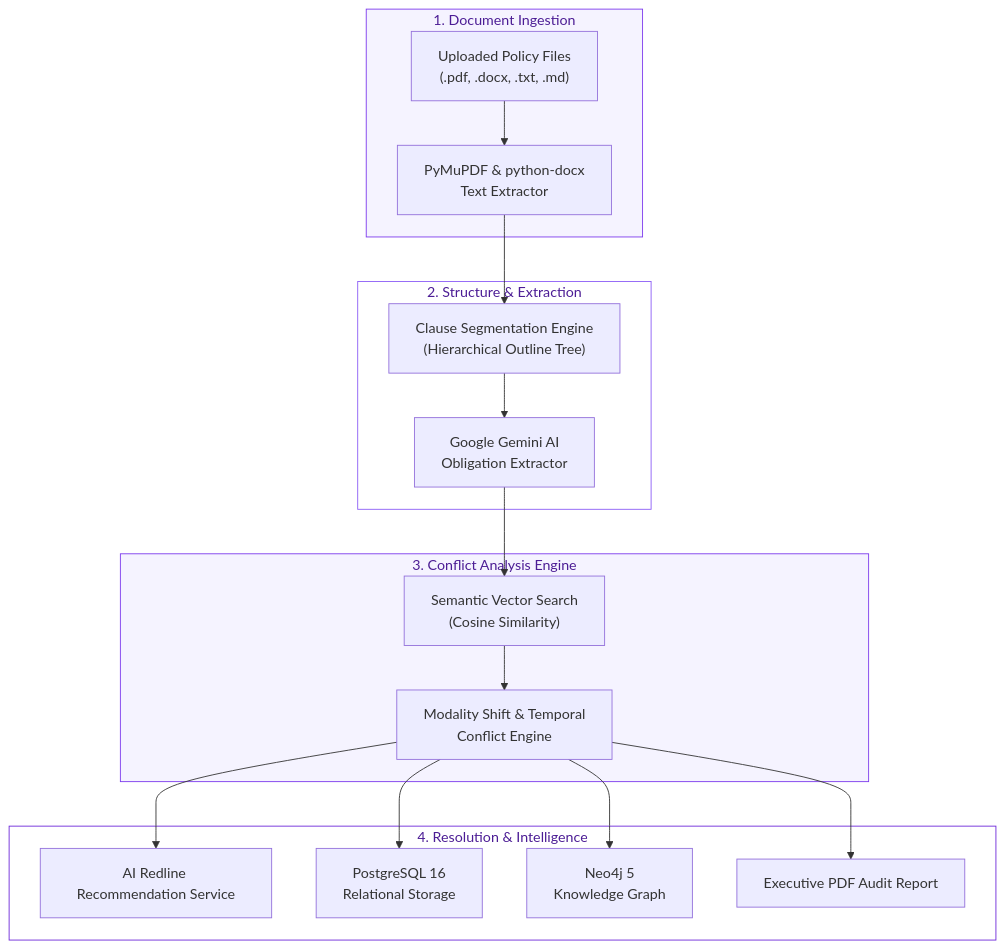
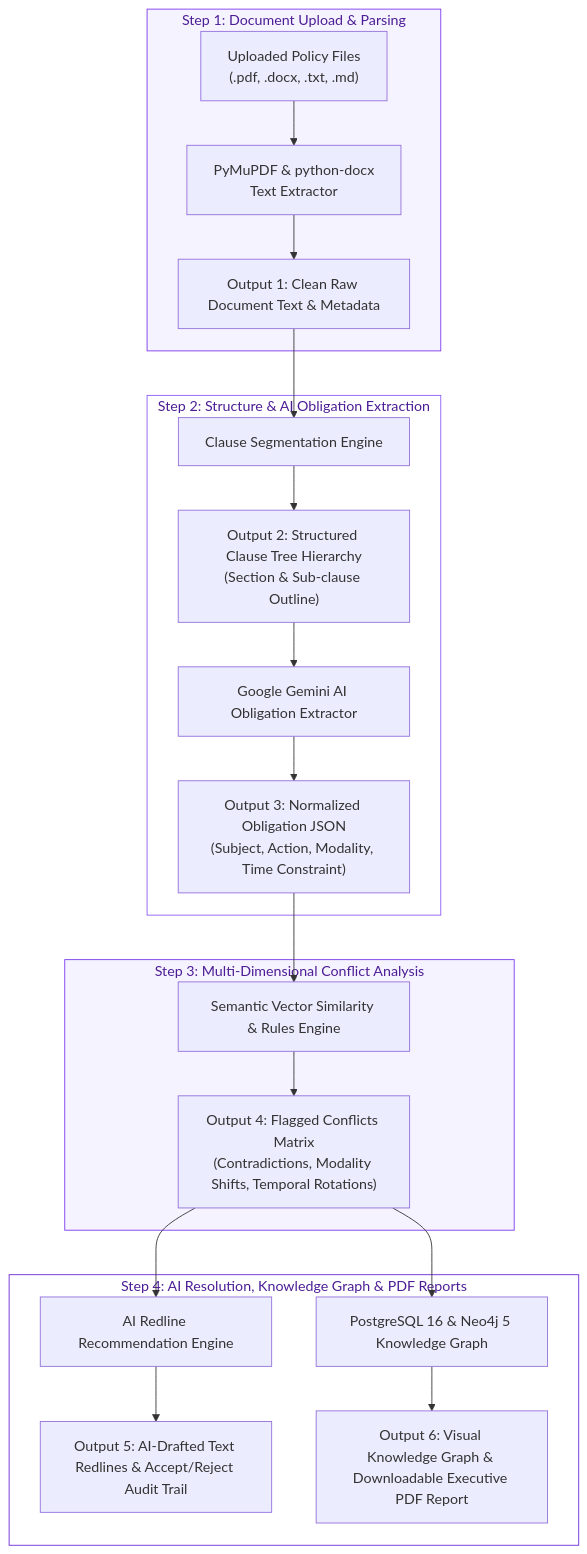
One commit to Sangamithraa077/PolicySentinel changed the diagram in README.md. Above: the diagram before and after it, drawn with Mermaid. The commit also changed other lines of this file, not shown here.

Commit message:
docs: update README with architecture outputs flow, HTML elements, stage outputs table, and curated heart message

````diff
--- a/README.md
+++ b/README.md
@@ -49,28 +59,31 @@
 ```mermaid
 flowchart TD
-    subgraph Step1["1. Document Ingestion"]
+    subgraph Step1["Step 1: Document Upload & Parsing"]
         A["Uploaded Policy Files\n(.pdf, .docx, .txt, .md)"] --> B["PyMuPDF & python-docx\nText Extractor"]
+        B --> Out1["Output 1: Clean Raw Document Text & Metadata"]
     end
 
-    subgraph Step2["2. Structure & Extraction"]
-        B --> C["Clause Segmentation Engine\n(Hierarchical Outline Tree)"]
-        C --> D["Google Gemini AI\nObligation Extractor"]
+    subgraph Step2["Step 2: Structure & AI Obligation Extraction"]
+        Out1 --> C["Clause Segmentation Engine"]
+        C --> Out2["Output 2: Structured Clause Tree Hierarchy\n(Section & Sub-clause Outline)"]
+        Out2 --> D["Google Gemini AI Obligation Extractor"]
+        D --> Out3["Output 3: Normalized Obligation JSON\n(Subject, Action, Modality, Time Constraint)"]
     end
 
-    subgraph Step3["3. Conflict Analysis Engine"]
-        D --> E["Semantic Vector Search\n(Cosine Similarity)"]
-        E --> F["Modality Shift & Temporal\nConflict Engine"]
+    subgraph Step3["Step 3: Multi-Dimensional Conflict Analysis"]
+        Out3 --> E["Semantic Vector Similarity & Rules Engine"]
+        E --> Out4["Output 4: Flagged Conflicts Matrix\n(Contradictions, Modality Shifts, Temporal Rotations)"]
     end
 
-    subgraph Step4["4. Resolution & Intelligence"]
-        F --> G["AI Redline Recommendation Service"]
-        F --> H["PostgreSQL 16\nRelational Storage"]
-        F --> I["Neo4j 5\nKnowledge Graph"]
-        F --> J["Executive PDF Audit Report"]
+    subgraph Step4["Step 4: AI Resolution, Knowledge Graph & PDF Reports"]
+        Out4 --> F["AI Redline Recommendation Engine"]
+        Out4 --> G["PostgreSQL 16 & Neo4j 5 Knowledge Graph"]
+        F --> Out5["Output 5: AI-Drafted Text Redlines & Accept/Reject Audit Trail"]
+        G --> Out6["Output 6: Visual Knowledge Graph & Downloadable Executive PDF Report"]
     end
 
     style Step1 fill:#F5F3FF,stroke:#7C3AED,color:#4C1D95
     style Step2 fill:#FFFFFF,stroke:#8B5CF6,color:#4C1D95
     style Step3 fill:#F5F3FF,stroke:#7C3AED,color:#4C1D95
     style Step4 fill:#FFFFFF,stroke:#6D28D9,color:#4C1D95
 ```
````
